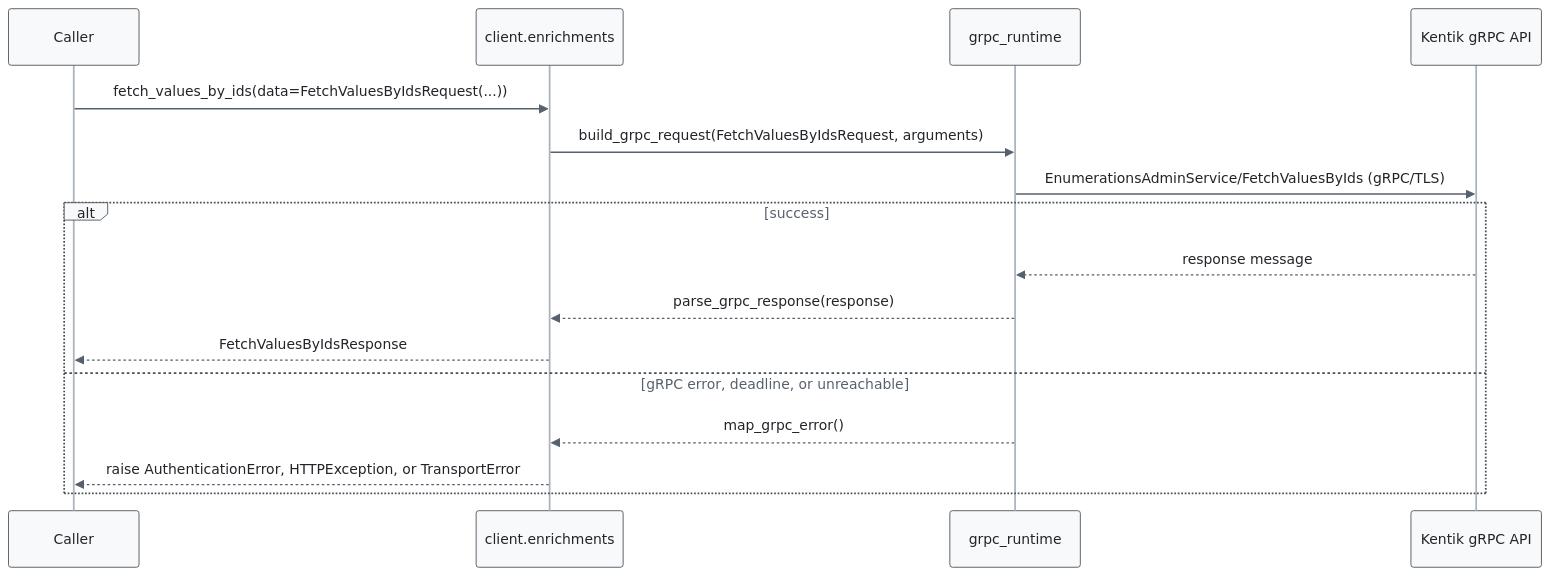
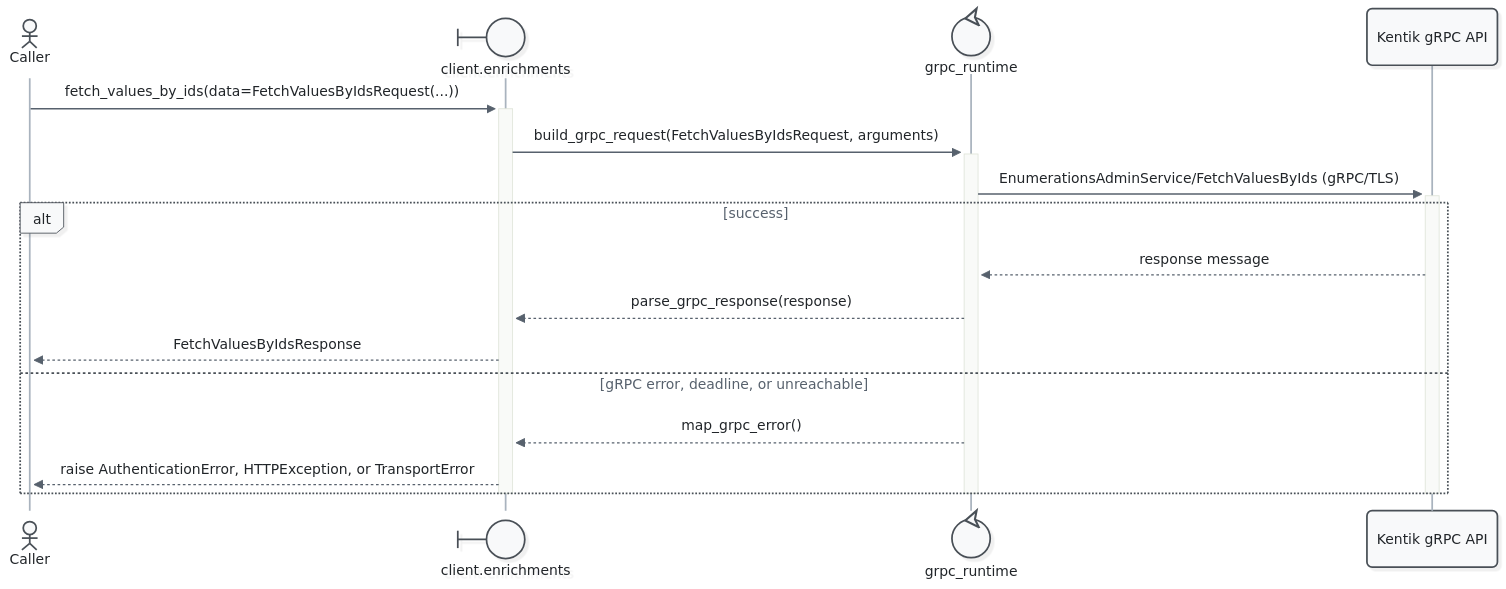
One commit to alexdearaujo/community_sdk_python changed the second of 3 diagrams in docs/sphinx/services/enrichments.md. Above: the diagram before and after it, drawn with Mermaid. The commit also changed other lines of this file and 52 other files, not shown here.

First line of the commit message:
docs: Mermaid 12 sequence diagrams with participant types and path colors

````diff
--- a/docs/sphinx/services/enrichments.md
+++ b/docs/sphinx/services/enrichments.md
@@ -55,20 +57,23 @@
 ```mermaid
-%%{init: {"theme": "base", "fontFamily": "ui-monospace, SFMono-Regular, Menlo, monospace", "themeVariables": {"fontFamily": "ui-monospace, SFMono-Regular, Menlo, monospace", "primaryColor": "#f8f9fa", "primaryBorderColor": "#495057", "primaryTextColor": "#212529", "textColor": "#212529", "lineColor": "#77818c", "edgeLabelBackground": "#ffffff", "actorBkg": "#f8f9fa", "actorBorder": "#495057", "actorTextColor": "#212529", "actorLineColor": "#a9b3be", "signalColor": "#57616d", "signalTextColor": "#212529", "labelBoxBkgColor": "#f8f9fa", "labelBoxBorderColor": "#495057", "labelTextColor": "#212529", "loopTextColor": "#57616d", "noteBkgColor": "#fff9db", "noteBorderColor": "#f08c00", "noteTextColor": "#a35a00"}, "flowchart": {"curve": "step", "nodeSpacing": 30, "rankSpacing": 70, "wrappingWidth": 400}}}%%
+%%{init: {"theme": "redux", "look": "neo", "layout": "dagre", "fontFamily": "ui-monospace, SFMono-Regular, Menlo, monospace", "themeVariables": {"fontFamily": "ui-monospace, SFMono-Regular, Menlo, monospace", "primaryColor": "#f8f9fa", "primaryBorderColor": "#495057", "primaryTextColor": "#212529", "textColor": "#212529", "lineColor": "#77818c", "edgeLabelBackground": "#ffffff", "actorBkg": "#f8f9fa", "actorBorder": "#495057", "actorTextColor": "#212529", "actorLineColor": "#a9b3be", "signalColor": "#57616d", "signalTextColor": "#212529", "labelBoxBkgColor": "#f8f9fa", "labelBoxBorderColor": "#495057", "labelTextColor": "#212529", "loopTextColor": "#57616d", "noteBkgColor": "#fff9db", "noteBorderColor": "#f08c00", "noteTextColor": "#a35a00"}, "sequence": {"activationWidth": 16}, "flowchart": {"curve": "step", "nodeSpacing": 30, "rankSpacing": 70, "wrappingWidth": 400}}}%%
 sequenceDiagram
-    participant C as Caller
-    participant W as client.enrichments
-    participant R as grpc_runtime
+    actor C as Caller
+    participant W@{ "type": "boundary" } as client.enrichments
+    participant R@{ "type": "control" } as grpc_runtime
     participant API as Kentik gRPC API
 
-    C->>W: fetch_values_by_ids(data=FetchValuesByIdsRequest(...))
-    W->>R: build_grpc_request(FetchValuesByIdsRequest, arguments)
-    R->>API: EnumerationsAdminService/FetchValuesByIds (gRPC/TLS)
+    C->>+W: fetch_values_by_ids(data=FetchValuesByIdsRequest(...))
+    W->>+R: build_grpc_request(FetchValuesByIdsRequest, arguments)
+    R->>+API: EnumerationsAdminService/FetchValuesByIds (gRPC/TLS)
     alt success
         API-->>R: response message
         R-->>W: parse_grpc_response(response)
         W-->>C: FetchValuesByIdsResponse
     else gRPC error, deadline, or unreachable
         R-->>W: map_grpc_error()
         W-->>C: raise AuthenticationError, HTTPException, or TransportError
     end
+    deactivate API
+    deactivate R
+    deactivate W
 ```
````
